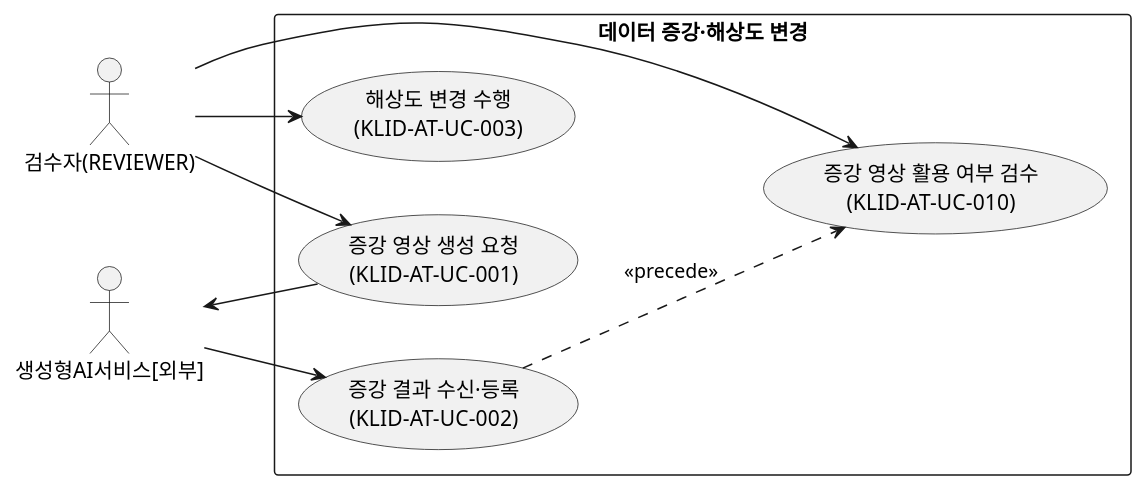
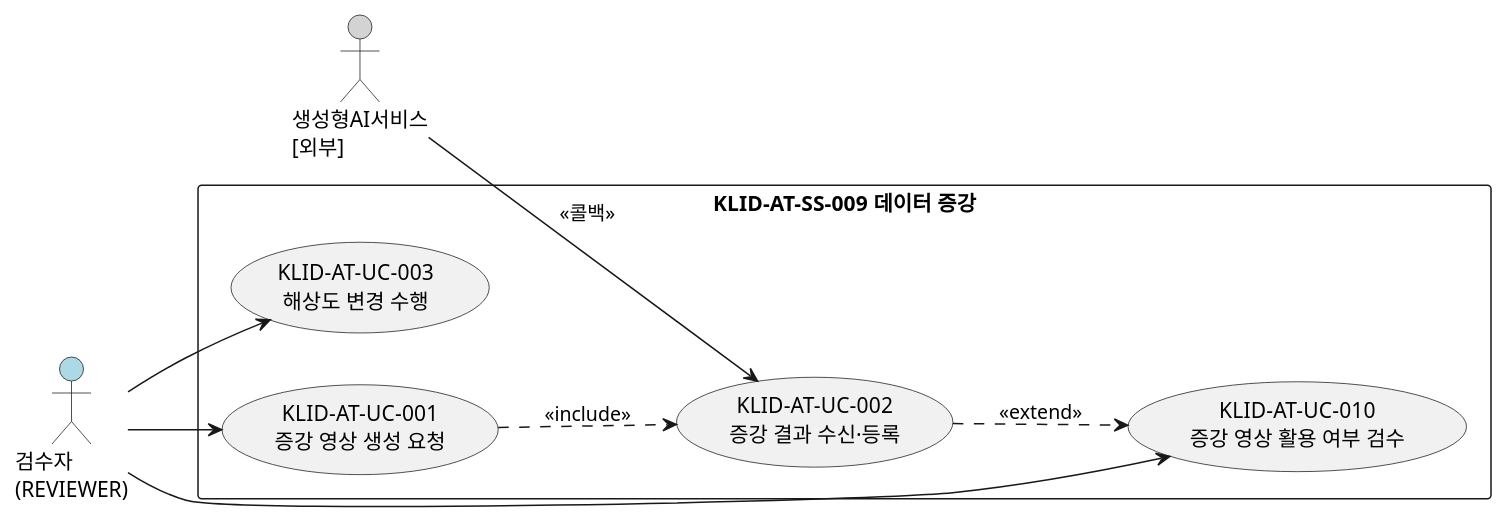
Before and after one commit to New-stella/klid-label: the first of 4 diagrams in docs/design/R2-유스케이스명세서.md, drawn with PlantUML. The commit also changed other lines of this file and 9 other files, not shown here.

````diff
--- a/docs/design/R2-유스케이스명세서.md
+++ b/docs/design/R2-유스케이스명세서.md
@@ -45,19 +53,23 @@
 ```plantuml
-@startuml
+@startuml KLID-AT-UCD-001
 left to right direction
-actor "검수자(REVIEWER)" as REV
-actor "생성형AI서비스[외부]" as GENAI
-rectangle "데이터 증강·해상도 변경" {
-  usecase "증강 영상 생성 요청\n(KLID-AT-UC-001)" as UC1
-  usecase "증강 결과 수신·등록\n(KLID-AT-UC-002)" as UC2
-  usecase "해상도 변경 수행\n(KLID-AT-UC-003)" as UC3
-  usecase "증강 영상 활용 여부 검수\n(KLID-AT-UC-010)" as UC10
+skinparam packageStyle rectangle
+
+actor "검수자\n(REVIEWER)" as REVIEWER #LightBlue
+actor "생성형AI서비스\n[외부]" as AI #LightGray
+
+rectangle "KLID-AT-SS-009 데이터 증강" {
+  usecase "KLID-AT-UC-001\n증강 영상 생성 요청" as UC001
+  usecase "KLID-AT-UC-002\n증강 결과 수신·등록" as UC002
+  usecase "KLID-AT-UC-003\n해상도 변경 수행" as UC003
+  usecase "KLID-AT-UC-010\n증강 영상 활용 여부 검수" as UC010
 }
-REV --> UC1
-REV --> UC3
-REV --> UC10
-UC1 --> GENAI
-GENAI --> UC2
-UC2 ..> UC10 : <<precede>>
+
+REVIEWER --> UC001
+REVIEWER --> UC003
+REVIEWER --> UC010
+AI --> UC002 : <<콜백>>
+UC001 ..> UC002 : <<include>>
+UC002 ..> UC010 : <<extend>>
 @enduml
 ```
````
